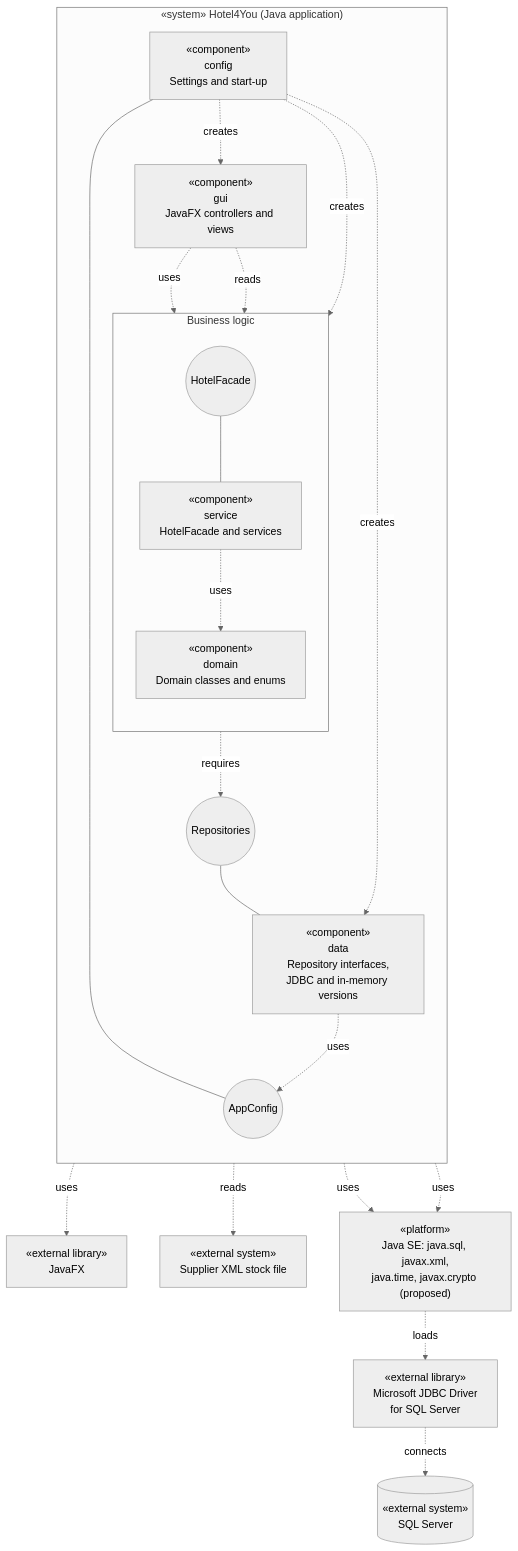
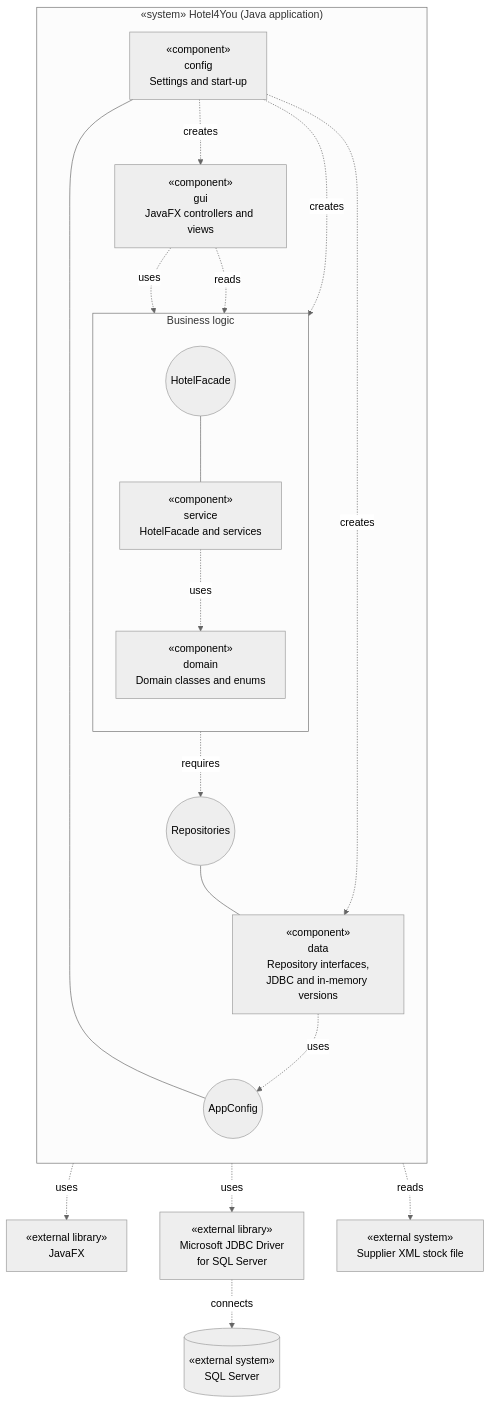
The diagram in docs/uml/component-diagram.md (BorjaTiago/hotel4you), drawn with Mermaid before and after one commit. The commit also changed other lines of this file and 2 other files, not shown here.

````diff
--- a/docs/uml/component-diagram.md
+++ b/docs/uml/component-diagram.md
@@ -19,44 +19,41 @@
 ```mermaid
 %%{init: {"theme":"neutral","fontFamily":"Arial"}}%%
 flowchart TB
     %% Requirements: RF-28; RNF-02, RNF-05, RNF-06, RNF-07, RNF-08, RNF-10, RNF-11, RNF-12.
     subgraph APP["«system» Hotel4You (Java application)"]
         direction TB
         GUI["«component»<br/>gui<br/>JavaFX controllers and views"]
         subgraph BL["Business logic"]
             direction TB
             FAC(("HotelFacade"))
             SVC["«component»<br/>service<br/>HotelFacade and services"]
             DOM["«component»<br/>domain<br/>Domain classes and enums"]
         end
         REPO(("Repositories"))
         DATA["«component»<br/>data<br/>Repository interfaces,<br/>JDBC and in-memory versions"]
         CFG["«component»<br/>config<br/>Settings and start-up"]
         SET(("AppConfig"))
     end
 
     JFX["«external library»<br/>JavaFX"]
     JDBC["«external library»<br/>Microsoft JDBC Driver<br/>for SQL Server"]
     DB[("«external system»<br/>SQL Server")]
     XML["«external system»<br/>Supplier XML stock file"]
-    JDK["«platform»<br/>Java SE: java.sql, javax.xml,<br/>java.time, javax.crypto (proposed)"]
 
     GUI -.->|uses| FAC
     GUI -.->|reads| DOM
     GUI -.->|uses| JFX
     FAC --- SVC
     SVC -.->|requires| REPO
     CFG --- SET
     SVC -.->|uses| DOM
     SVC -.->|reads| XML
-    SVC -.->|uses| JDK
     REPO --- DATA
     DOM ~~~ DATA
     DATA -.->|uses| SET
-    DATA -.->|uses| JDK
-    JDK -.->|loads| JDBC
+    DATA -.->|uses| JDBC
     JDBC -.->|connects| DB
     CFG -.->|creates| GUI
     CFG -.->|creates| SVC
     CFG -.->|creates| DATA
 ```
````
